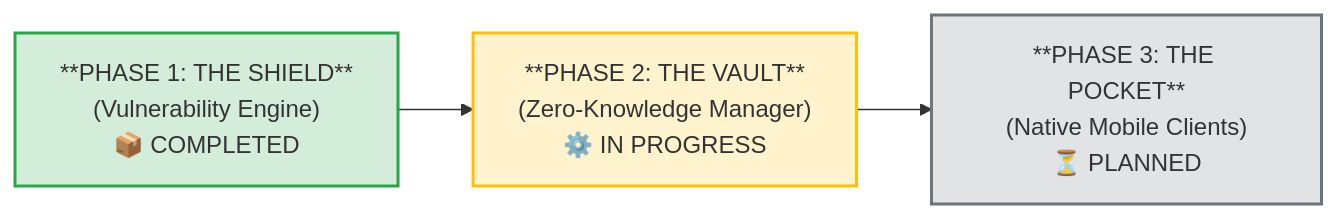
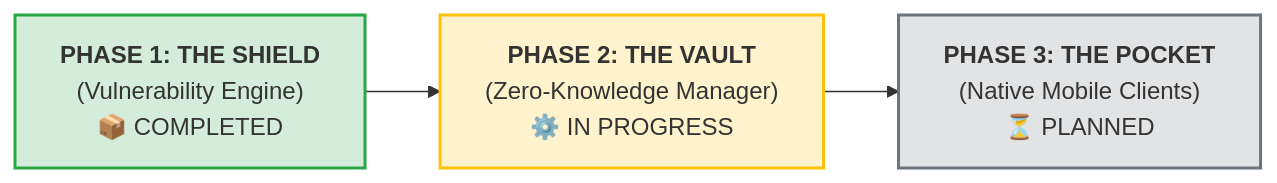
Before and after one commit to amarboldx/Pwn-Shield: the diagram in README.md, drawn with Mermaid. The commit also changed other lines of this file, not shown here.

Commit message:
Update README formatting and remove redundancy

````diff
--- a/README.md
+++ b/README.md
@@ -16,12 +16,12 @@
 ```mermaid
 graph LR
-    P1["**PHASE 1: THE SHIELD**<br/>(Vulnerability Engine)<br/>📦 COMPLETED"]
-    P2["**PHASE 2: THE VAULT**<br/>(Zero-Knowledge Manager)<br/>⚙️ IN PROGRESS"]
-    P3["**PHASE 3: THE POCKET**<br/>(Native Mobile Clients)<br/>⏳ PLANNED"]
+    P1["<b>PHASE 1: THE SHIELD</b><br/>(Vulnerability Engine)<br/>📦 COMPLETED"]
+    P2["<b>PHASE 2: THE VAULT</b><br/>(Zero-Knowledge Manager)<br/>⚙️ IN PROGRESS"]
+    P3["<b>PHASE 3: THE POCKET</b><br/>(Native Mobile Clients)<br/>⏳ PLANNED"]
 
     P1 --> P2 --> P3
 
     style P1 fill:#d4edda,stroke:#28a745,stroke-width:2px
     style P2 fill:#fff3cd,stroke:#ffc107,stroke-width:2px
     style P3 fill:#e2e3e5,stroke:#6c757d,stroke-width:2px
 ```
````
